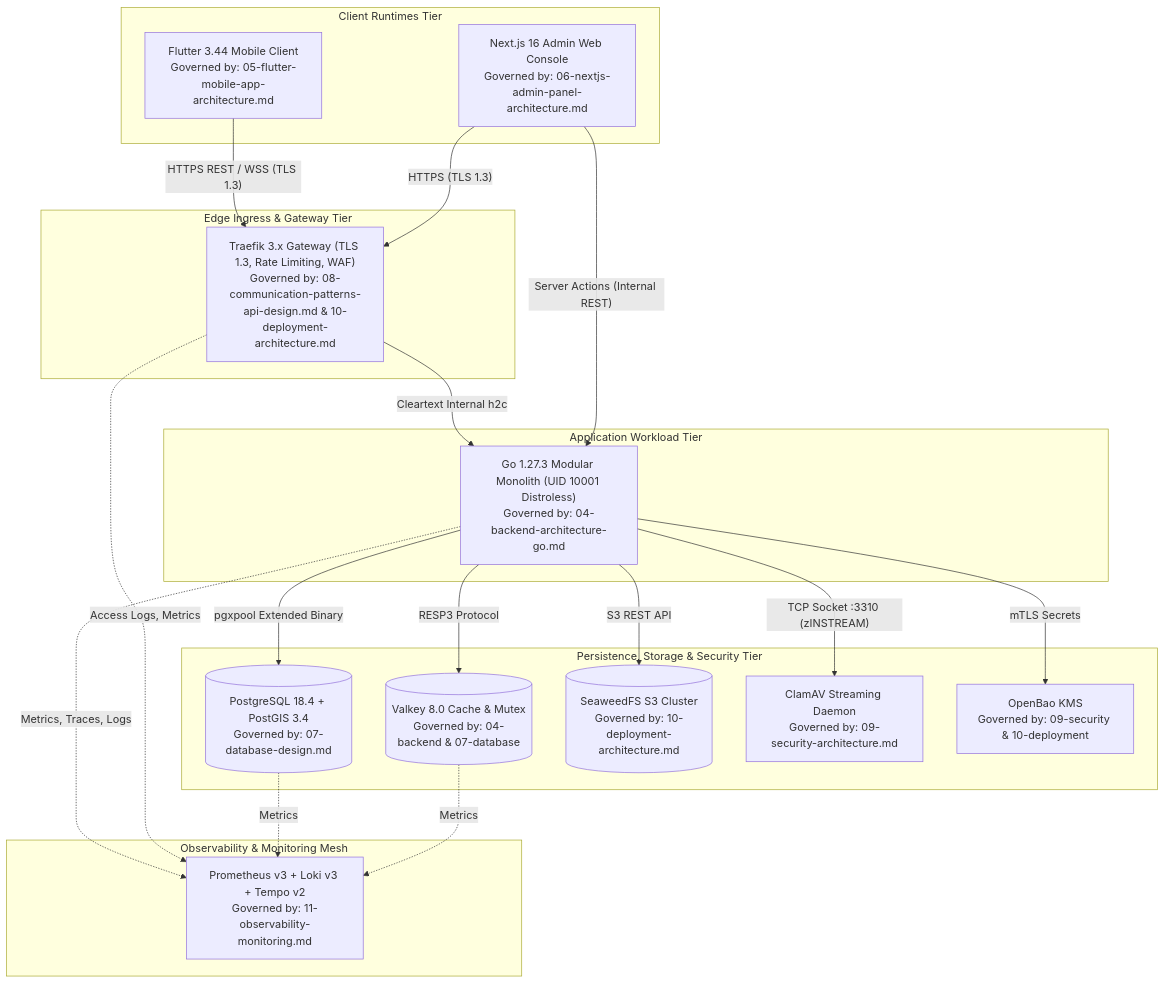
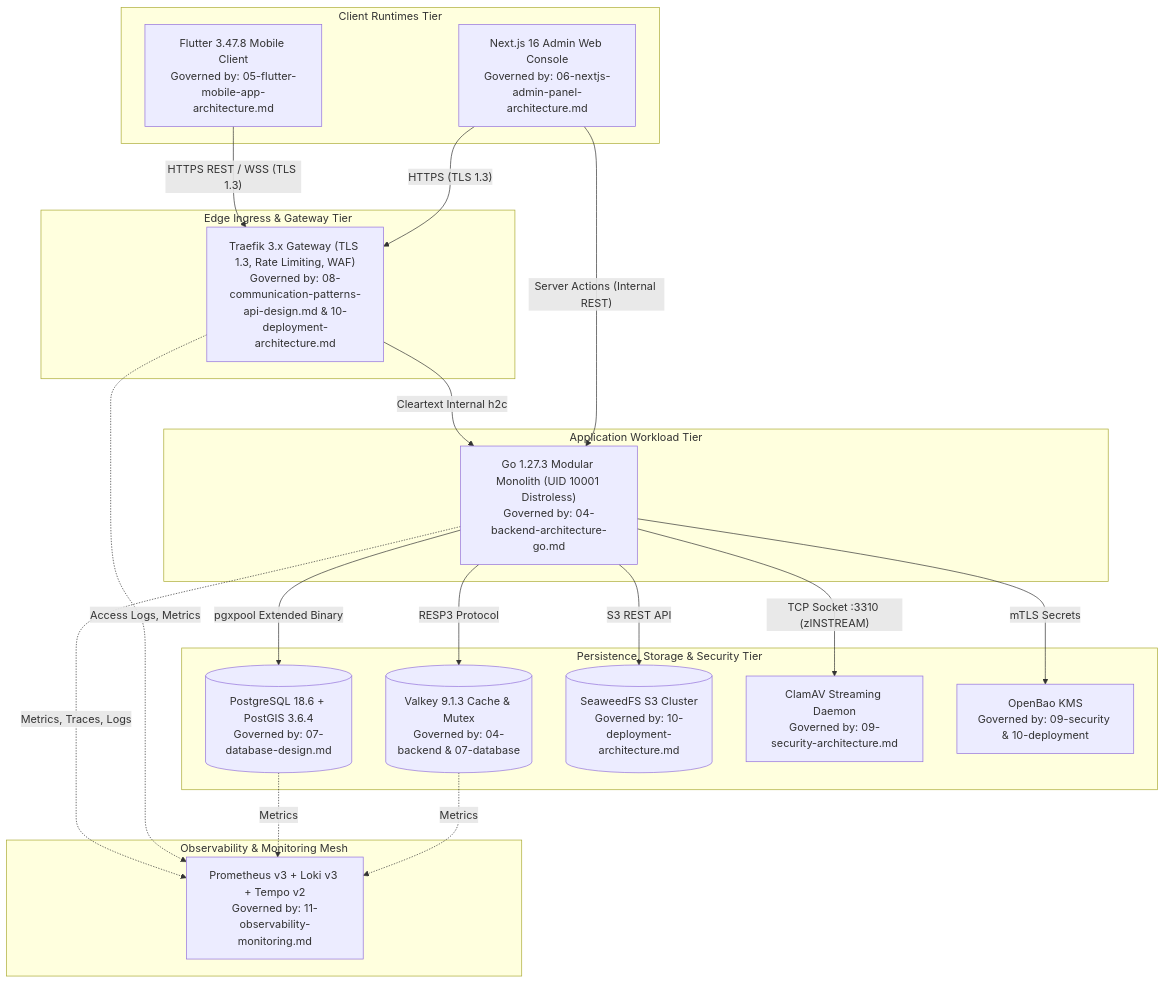
One commit to YDink/Heavy-Machinery-Logistics-Rental changed the second of 4 diagrams in docs/shared/architecture/INDEX.md. Above: the diagram before and after it, drawn with Mermaid. The commit also changed other lines of this file and 212 other files, not shown here.

````diff
--- a/docs/shared/architecture/INDEX.md
+++ b/docs/shared/architecture/INDEX.md
@@ -111,44 +111,44 @@
 ```mermaid
 flowchart TD
     subgraph ClientTier ["Client Runtimes Tier"]
-        FlutterApp["Flutter 3.44 Mobile Client<br/>Governed by: 05-flutter-mobile-app-architecture.md"]
+        FlutterApp["Flutter 3.47.8 Mobile Client<br/>Governed by: 05-flutter-mobile-app-architecture.md"]
         AdminWeb["Next.js 16 Admin Web Console<br/>Governed by: 06-nextjs-admin-panel-architecture.md"]
     end
 
     subgraph IngressTier ["Edge Ingress & Gateway Tier"]
         TraefikEdge["Traefik 3.x Gateway (TLS 1.3, Rate Limiting, WAF)<br/>Governed by: 08-communication-patterns-api-design.md & 10-deployment-architecture.md"]
     end
 
     subgraph AppTier ["Application Workload Tier"]
         GoMonolith["Go 1.27.3 Modular Monolith (UID 10001 Distroless)<br/>Governed by: 04-backend-architecture-go.md"]
     end
 
     subgraph DataTier ["Persistence, Storage & Security Tier"]
-        PostgreSQL[("PostgreSQL 18.4 + PostGIS 3.4<br/>Governed by: 07-database-design.md")]
-        Valkey[("Valkey 8.0 Cache & Mutex<br/>Governed by: 04-backend & 07-database")]
+        PostgreSQL[("PostgreSQL 18.6 + PostGIS 3.6.4<br/>Governed by: 07-database-design.md")]
+        Valkey[("Valkey 9.1.3 Cache & Mutex<br/>Governed by: 04-backend & 07-database")]
         SeaweedFS[("SeaweedFS S3 Cluster<br/>Governed by: 10-deployment-architecture.md")]
         ClamAV["ClamAV Streaming Daemon<br/>Governed by: 09-security-architecture.md"]
         OpenBao["OpenBao KMS<br/>Governed by: 09-security & 10-deployment"]
     end
 
     subgraph ObservabilityMesh ["Observability & Monitoring Mesh"]
         Telemetry["Prometheus v3 + Loki v3 + Tempo v2<br/>Governed by: 11-observability-monitoring.md"]
     end
 
     FlutterApp -->|"HTTPS REST / WSS (TLS 1.3)"| TraefikEdge
     AdminWeb -->|"HTTPS (TLS 1.3)"| TraefikEdge
 
     TraefikEdge -->|"Cleartext Internal h2c"| GoMonolith
     AdminWeb -->|"Server Actions (Internal REST)"| GoMonolith
 
     GoMonolith -->|"pgxpool Extended Binary"| PostgreSQL
     GoMonolith -->|"RESP3 Protocol"| Valkey
     GoMonolith -->|"S3 REST API"| SeaweedFS
     GoMonolith -->|"TCP Socket :3310 (zINSTREAM)"| ClamAV
     GoMonolith -->|"mTLS Secrets"| OpenBao
 
     GoMonolith -.->|"Metrics, Traces, Logs"| Telemetry
     TraefikEdge -.->|"Access Logs, Metrics"| Telemetry
     PostgreSQL -.->|"Metrics"| Telemetry
     Valkey -.->|"Metrics"| Telemetry
 ```
````
